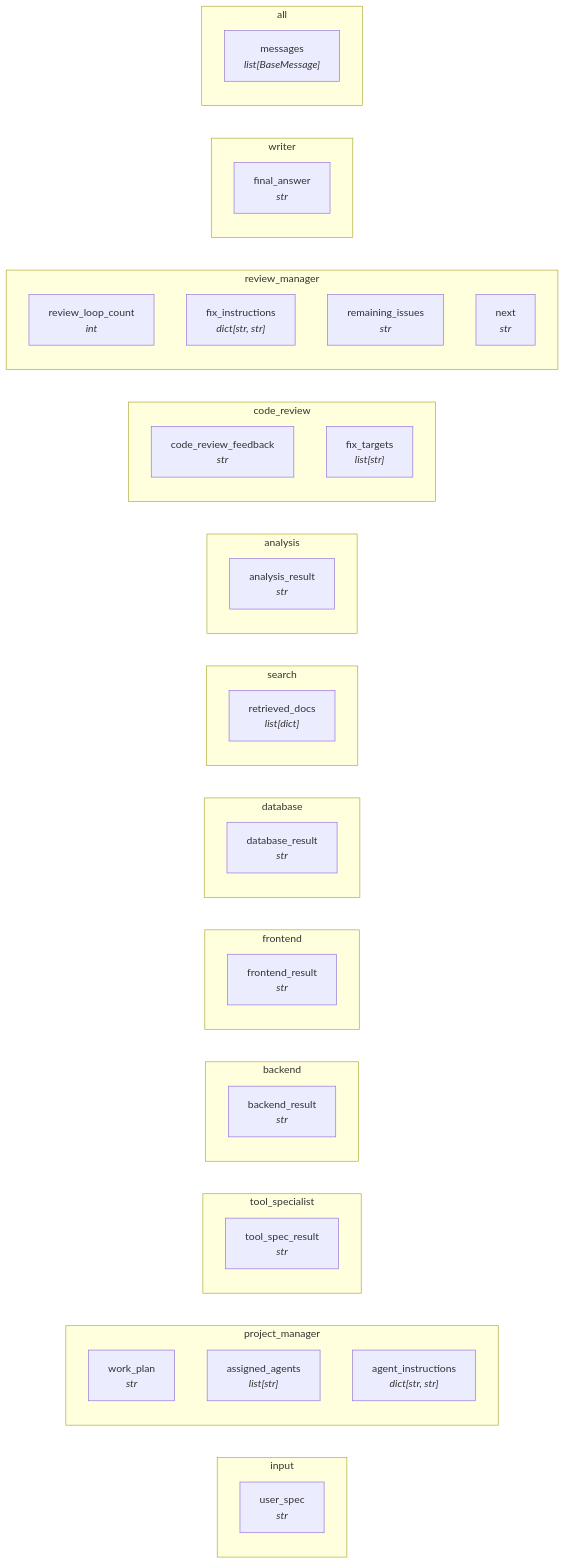
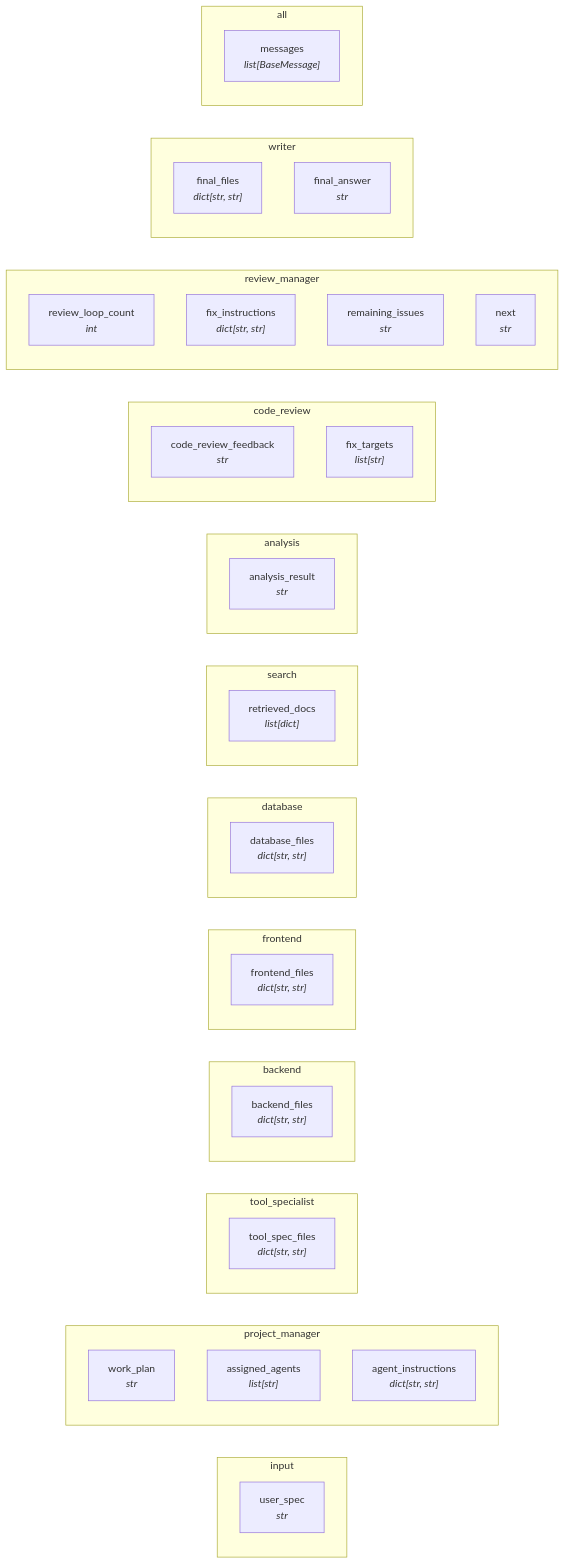
Before and after one commit to BBQ-Meat999/test-BBQ: the fourth of 4 diagrams in docs/architecture.md, drawn with Mermaid. The commit also changed other lines of this file and 20 other files, not shown here.

````diff
--- a/docs/architecture.md
+++ b/docs/architecture.md
@@ -151,45 +156,46 @@
 ```mermaid
 flowchart LR
     subgraph input["input"]
         user_spec["user_spec<br/><i>str</i>"]
     end
     subgraph project_manager["project_manager"]
         work_plan["work_plan<br/><i>str</i>"]
         assigned_agents["assigned_agents<br/><i>list[str]</i>"]
         agent_instructions["agent_instructions<br/><i>dict[str, str]</i>"]
     end
     subgraph tool_specialist["tool_specialist"]
-        tool_spec_result["tool_spec_result<br/><i>str</i>"]
+        tool_spec_files["tool_spec_files<br/><i>dict[str, str]</i>"]
     end
     subgraph backend["backend"]
-        backend_result["backend_result<br/><i>str</i>"]
+        backend_files["backend_files<br/><i>dict[str, str]</i>"]
     end
     subgraph frontend["frontend"]
-        frontend_result["frontend_result<br/><i>str</i>"]
+        frontend_files["frontend_files<br/><i>dict[str, str]</i>"]
     end
     subgraph database["database"]
-        database_result["database_result<br/><i>str</i>"]
+        database_files["database_files<br/><i>dict[str, str]</i>"]
     end
     subgraph search["search"]
         retrieved_docs["retrieved_docs<br/><i>list[dict]</i>"]
     end
     subgraph analysis["analysis"]
         analysis_result["analysis_result<br/><i>str</i>"]
     end
     subgraph code_review["code_review"]
         code_review_feedback["code_review_feedback<br/><i>str</i>"]
         fix_targets["fix_targets<br/><i>list[str]</i>"]
     end
     subgraph review_manager["review_manager"]
         review_loop_count["review_loop_count<br/><i>int</i>"]
         fix_instructions["fix_instructions<br/><i>dict[str, str]</i>"]
         remaining_issues["remaining_issues<br/><i>str</i>"]
         next["next<br/><i>str</i>"]
     end
     subgraph writer["writer"]
+        final_files["final_files<br/><i>dict[str, str]</i>"]
         final_answer["final_answer<br/><i>str</i>"]
     end
     subgraph all["all"]
         messages["messages<br/><i>list[BaseMessage]</i>"]
     end
 ```
````
